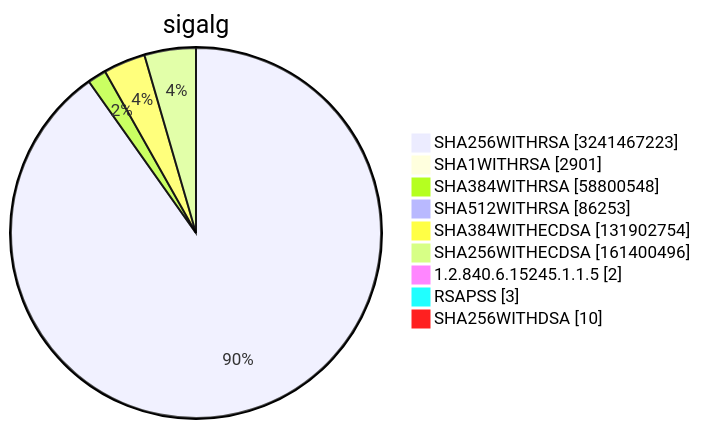
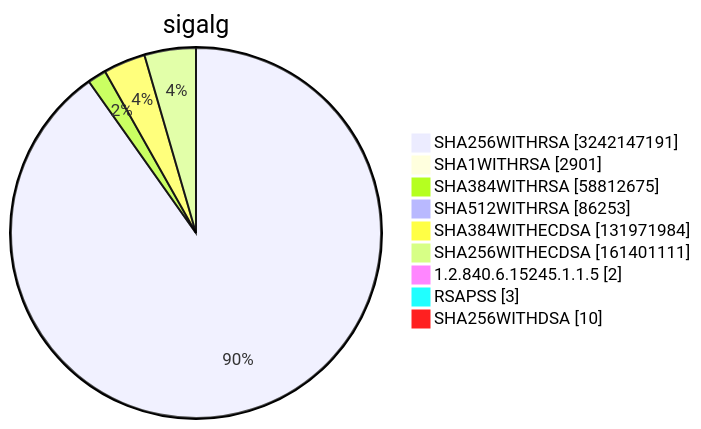
Before and after one commit to christiankrug/ctmonitor_visualization: diagram 15 of 15 in TOTAL/README.md, drawn with Mermaid. The commit also changed other lines of this file, not shown here.

````diff
--- a/TOTAL/README.md
+++ b/TOTAL/README.md
@@ -6217,13 +6218,13 @@
 ```mermaid
 pie showData
 title sigalg
-"SHA256WITHRSA" :3241467223
+"SHA256WITHRSA" :3242147191
 "SHA1WITHRSA" :2901
-"SHA384WITHRSA" :58800548
+"SHA384WITHRSA" :58812675
 "SHA512WITHRSA" :86253
-"SHA384WITHECDSA" :131902754
-"SHA256WITHECDSA" :161400496
+"SHA384WITHECDSA" :131971984
+"SHA256WITHECDSA" :161401111
 "1.2.840.6.15245.1.1.5" :2
 "RSAPSS" :3
 "SHA256WITHDSA" :10
 ```
````
